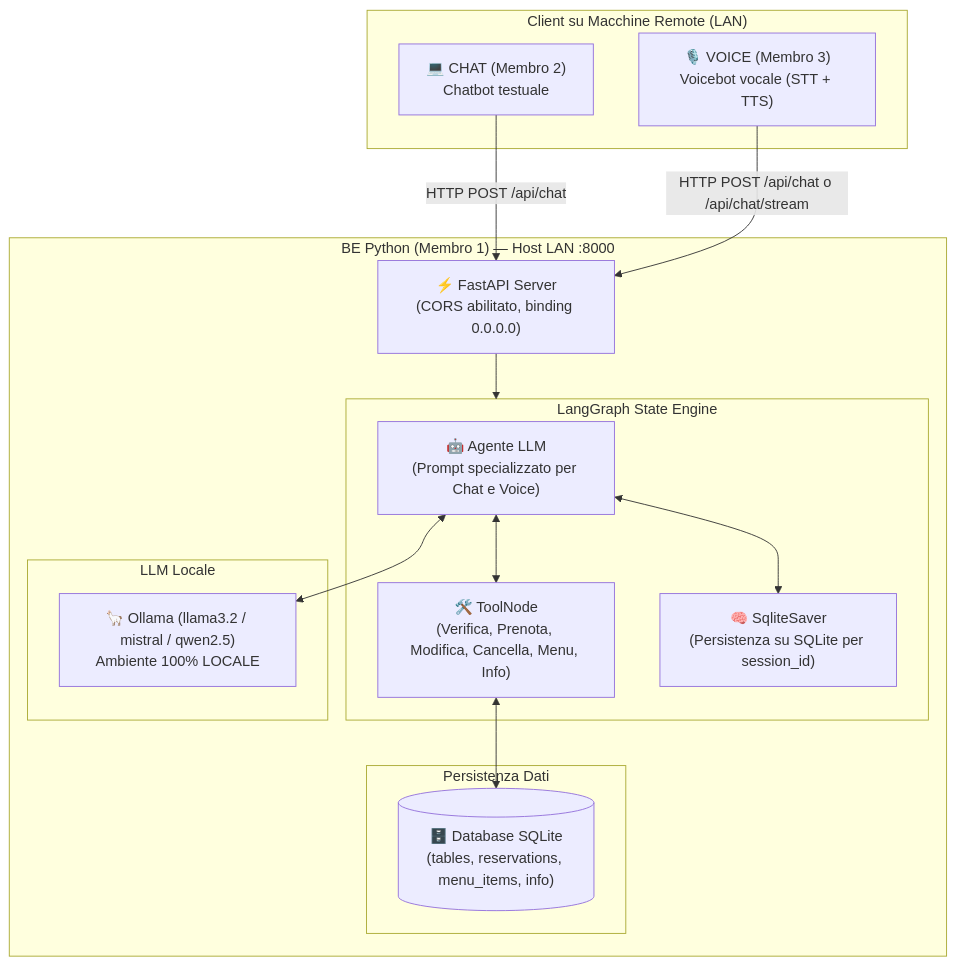
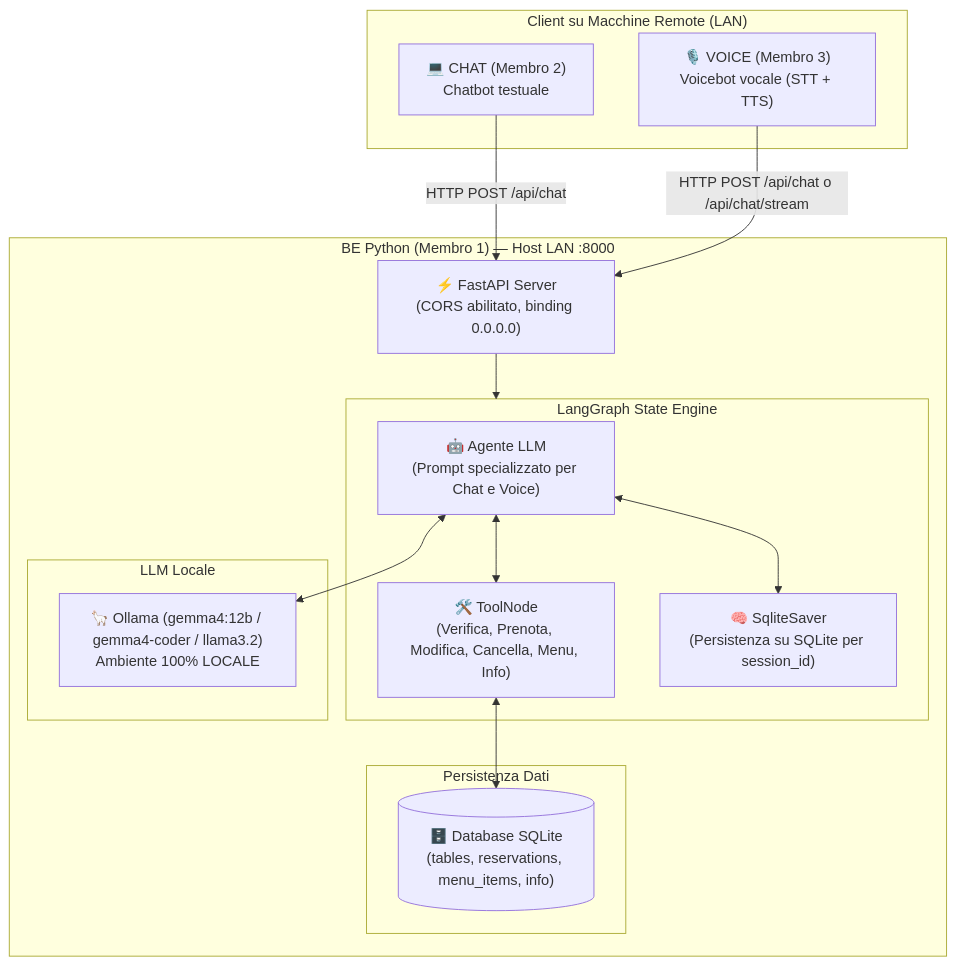
The diagram in README.md (KsandarIV/AI_4_Restaurants), drawn with Mermaid before and after one commit. The commit also changed other lines of this file and 1 other file, not shown here.

````diff
--- a/README.md
+++ b/README.md
@@ -11,33 +13,33 @@
 ```mermaid
 flowchart TD
     subgraph LAN_Clients["Client su Macchine Remote (LAN)"]
         ChatBot["💻 CHAT (Membro 2)<br/>Chatbot testuale"]
         VoiceBot["🎙️ VOICE (Membro 3)<br/>Voicebot vocale (STT + TTS)"]
     end
 
     subgraph Backend_Server["BE Python (Membro 1) — Host LAN :8000"]
         FastAPI["⚡ FastAPI Server<br/>(CORS abilitato, binding 0.0.0.0)"]
         
         subgraph LangGraph_Engine["LangGraph State Engine"]
             Agent["🤖 Agente LLM<br/>(Prompt specializzato per Chat e Voice)"]
             Tools["🛠️ ToolNode<br/>(Verifica, Prenota, Modifica, Cancella, Menu, Info)"]
             Memory["🧠 SqliteSaver<br/>(Persistenza su SQLite per session_id)"]
         end
 
         subgraph Local_LLM["LLM Locale"]
-            Ollama["🦙 Ollama (llama3.2 / mistral / qwen2.5)<br/>Ambiente 100% LOCALE"]
+            Ollama["🦙 Ollama (gemma4:12b / gemma4-coder / llama3.2)<br/>Ambiente 100% LOCALE"]
         end
 
         subgraph Persistence["Persistenza Dati"]
             SQLite[("🗄️ Database SQLite<br/>(tables, reservations, menu_items, info)")]
         end
     end
 
     ChatBot -- "HTTP POST /api/chat" --> FastAPI
     VoiceBot -- "HTTP POST /api/chat o /api/chat/stream" --> FastAPI
     FastAPI --> LangGraph_Engine
     Agent <--> Ollama
     Agent <--> Tools
     Tools <--> SQLite
     Agent <--> Memory
 ```
````
